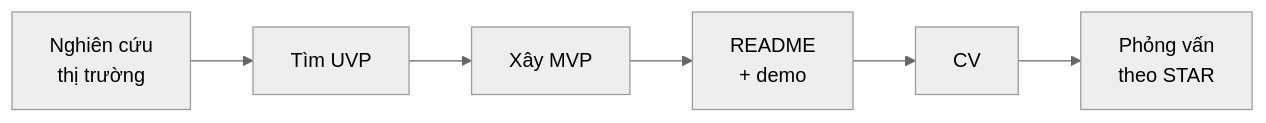
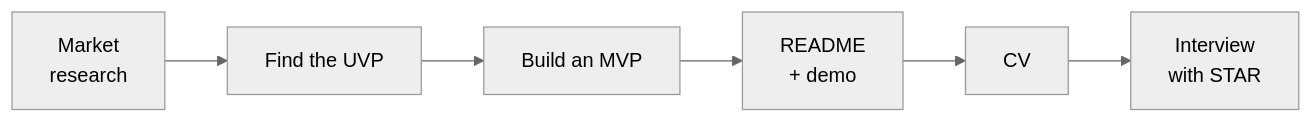
One commit to sunflynf/web-notes changed the diagram in docs/key-notes/interviews/personal-project.mdx. Above: the diagram before and after it, drawn with Mermaid (neutral theme). The commit also changed other lines of this file and 33 other files, not shown here.

````diff
--- a/docs/key-notes/interviews/personal-project.mdx
+++ b/docs/key-notes/interviews/personal-project.mdx
@@ -10,4 +10,4 @@
 ```mermaid
 flowchart LR
-  A[Nghiên cứu<br/>thị trường] --> B[Tìm UVP] --> C[Xây MVP] --> D[README<br/>+ demo] --> E[CV] --> F[Phỏng vấn<br/>theo STAR]
+  A[Market<br/>research] --> B[Find the UVP] --> C[Build an MVP] --> D[README<br/>+ demo] --> E[CV] --> F[Interview<br/>with STAR]
 ```
````
